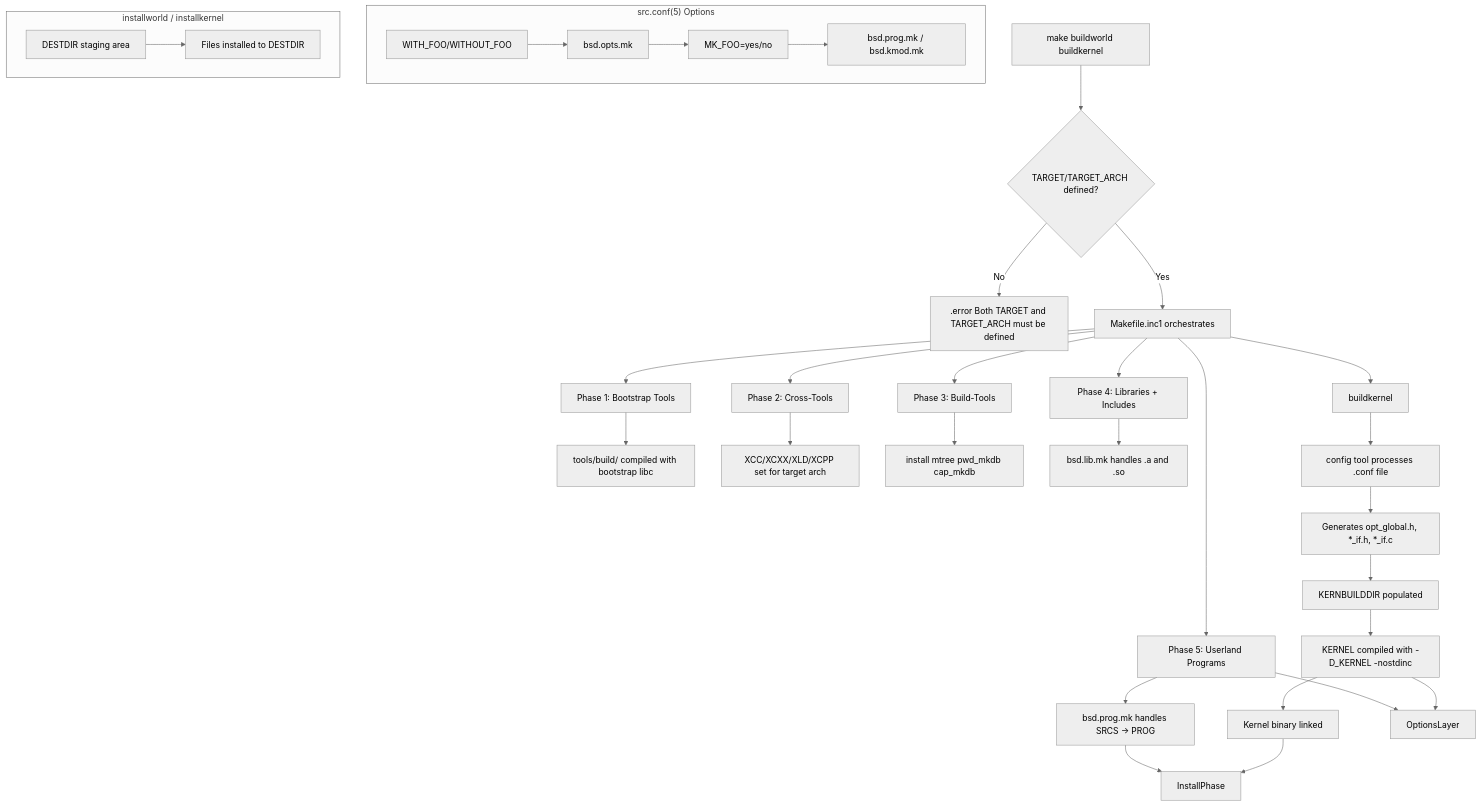
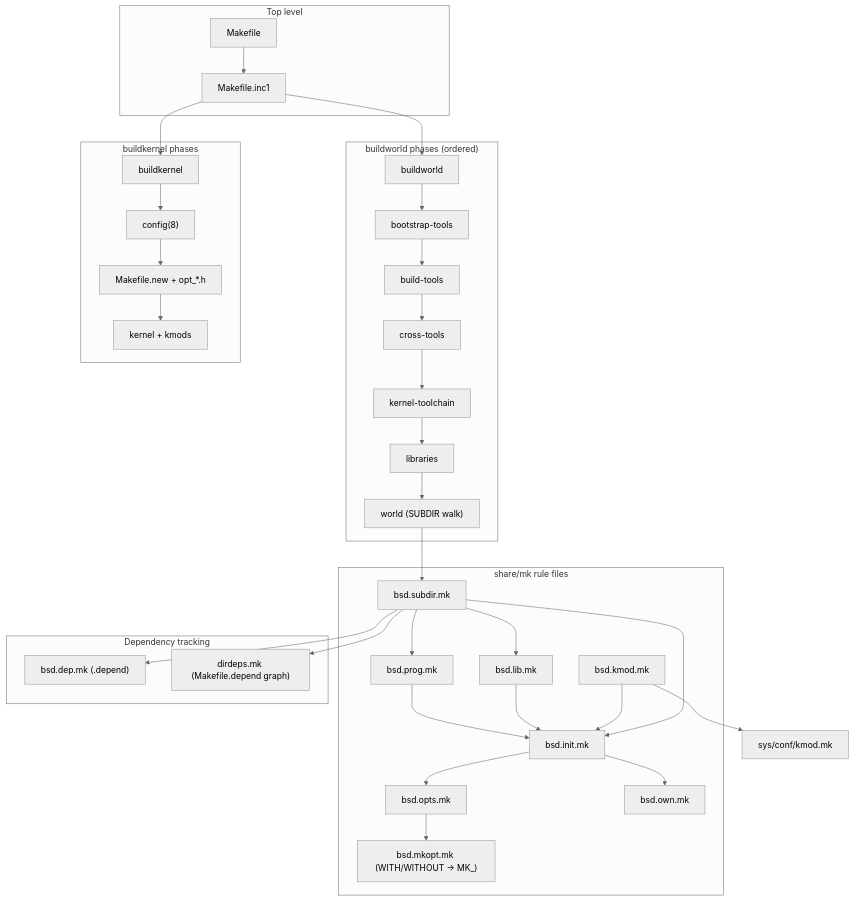
The diagram in share/mk/README.md (ocochard/freebsd-src), drawn with Mermaid (neutral theme) before and after one commit. The commit also changed other lines of this file and 40 other files, not shown here.

First line of the commit message:
Regenerate kernel documentation set (40 chapters)

````diff
--- a/share/mk/README.md
+++ b/share/mk/README.md
@@ -179,43 +159,45 @@
 ```mermaid
 flowchart TD
-    A[make buildworld buildkernel] --> B{TARGET/TARGET_ARCH defined?}
-    B -->|No| C[.error Both TARGET and TARGET_ARCH must be defined]
-    B -->|Yes| D[Makefile.inc1 orchestrates]
+  subgraph TopLevel ["Top level"]
+    MF["Makefile"] --> INC1["Makefile.inc1"]
+  end
+  INC1 --> BW["buildworld"]
+  INC1 --> BK["buildkernel"]
 
-    D --> E[Phase 1: Bootstrap Tools]
-    E --> F[tools/build/ compiled with bootstrap libc]
+  subgraph BWPhases ["buildworld phases (ordered)"]
+    BW --> BT["bootstrap-tools"]
+    BT --> BTOOLS["build-tools"]
+    BTOOLS --> XTOOLS["cross-tools"]
+    XTOOLS --> KTC["kernel-toolchain"]
+    KTC --> LIBS["libraries"]
+    LIBS --> WORLD["world (SUBDIR walk)"]
+  end
 
-    D --> G[Phase 2: Cross-Tools]
-    G --> H[XCC/XCXX/XLD/XCPP set for target arch]
+  subgraph BKPhases ["buildkernel phases"]
+    BK --> CFG["config(8)"]
+    CFG --> MKNEW["Makefile.new + opt_*.h"]
+    MKNEW --> KIMG["kernel + kmods"]
+  end
 
-    D --> I[Phase 3: Build-Tools]
-    I --> J[install mtree pwd_mkdb cap_mkdb]
+  subgraph RuleFiles ["share/mk rule files"]
+    INIT["bsd.init.mk"] --> OPTS["bsd.opts.mk"]
+    OPTS --> MKOPT["bsd.mkopt.mk (WITH/WITHOUT -> MK_)"]
+    INIT --> OWN["bsd.own.mk"]
+    PROG["bsd.prog.mk"] --> INIT
+    LIB["bsd.lib.mk"] --> INIT
+    KMOD["bsd.kmod.mk"] --> INIT
+    SUBDIRMK["bsd.subdir.mk"] --> INIT
+  end
 
-    D --> K[Phase 4: Libraries + Includes]
-    K --> L[bsd.lib.mk handles .a and .so]
+  WORLD --> SUBDIRMK
+  SUBDIRMK --> PROG
+  SUBDIRMK --> LIB
+  KMOD --> SYSCONF["sys/conf/kmod.mk"]
 
-    D --> M[Phase 5: Userland Programs]
-    M --> N[bsd.prog.mk handles SRCS -> PROG]
-
-    D --> O[buildkernel]
-    O --> P[config tool processes .conf file]
-    P --> Q[Generates opt_global.h, *_if.h, *_if.c]
-    Q --> R[KERNBUILDDIR populated]
-    R --> S[KERNEL compiled with -D_KERNEL -nostdinc]
-    S --> T[Kernel binary linked]
-
-    subgraph OptionsLayer_grp ["src.conf(5) Options"]
-        U[WITH_FOO/WITHOUT_FOO] --> V[bsd.opts.mk]
-        V --> W[MK_FOO=yes/no]
-        W --> X[bsd.prog.mk / bsd.kmod.mk]
-    end
-
-    subgraph InstallPhase_grp ["installworld / installkernel"]
-        Y[DESTDIR staging area] --> Z[Files installed to DESTDIR]
-    end
-
-    M --> OptionsLayer
-    S --> OptionsLayer
-    N --> InstallPhase
-    T --> InstallPhase
+  subgraph DepLayer ["Dependency tracking"]
+    DEP["bsd.dep.mk (.depend)"]
+    DIRDEPS["dirdeps.mk (Makefile.depend graph)"]
+  end
+  SUBDIRMK --> DEP
+  SUBDIRMK --> DIRDEPS
 ```
````
